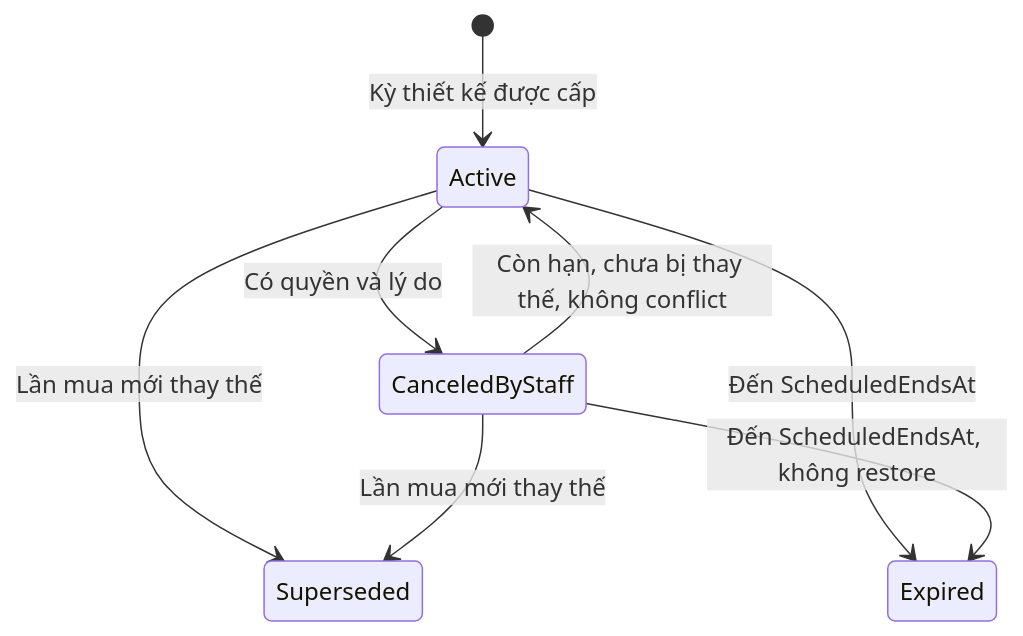
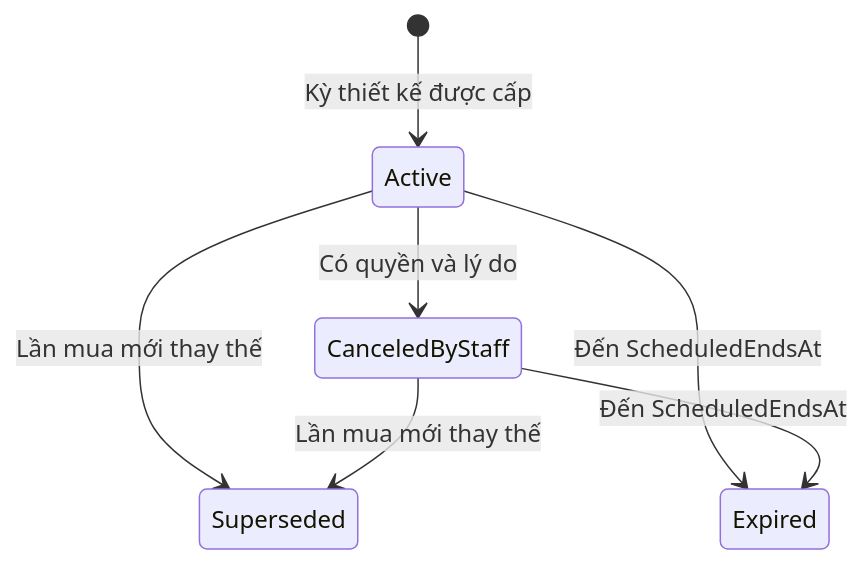
One commit to TaskCoper/bmt-documentation changed the fourth of 5 diagrams in tdd/TDD-SUB-005.md. Above: the diagram before and after it, drawn with Mermaid. The commit also changed other lines of this file and 190 other files, not shown here.

````diff
--- a/tdd/TDD-SUB-005.md
+++ b/tdd/TDD-SUB-005.md
@@ -180,10 +220,9 @@
 ```mermaid
 stateDiagram-v2
     [*] --> Active: Kỳ thiết kế được cấp
     Active --> CanceledByStaff: Có quyền và lý do
-    CanceledByStaff --> Active: Còn hạn, chưa bị thay thế, không conflict
     Active --> Superseded: Lần mua mới thay thế
     CanceledByStaff --> Superseded: Lần mua mới thay thế
     Active --> Expired: Đến ScheduledEndsAt
-    CanceledByStaff --> Expired: Đến ScheduledEndsAt, không restore
+    CanceledByStaff --> Expired: Đến ScheduledEndsAt
 ```
````
